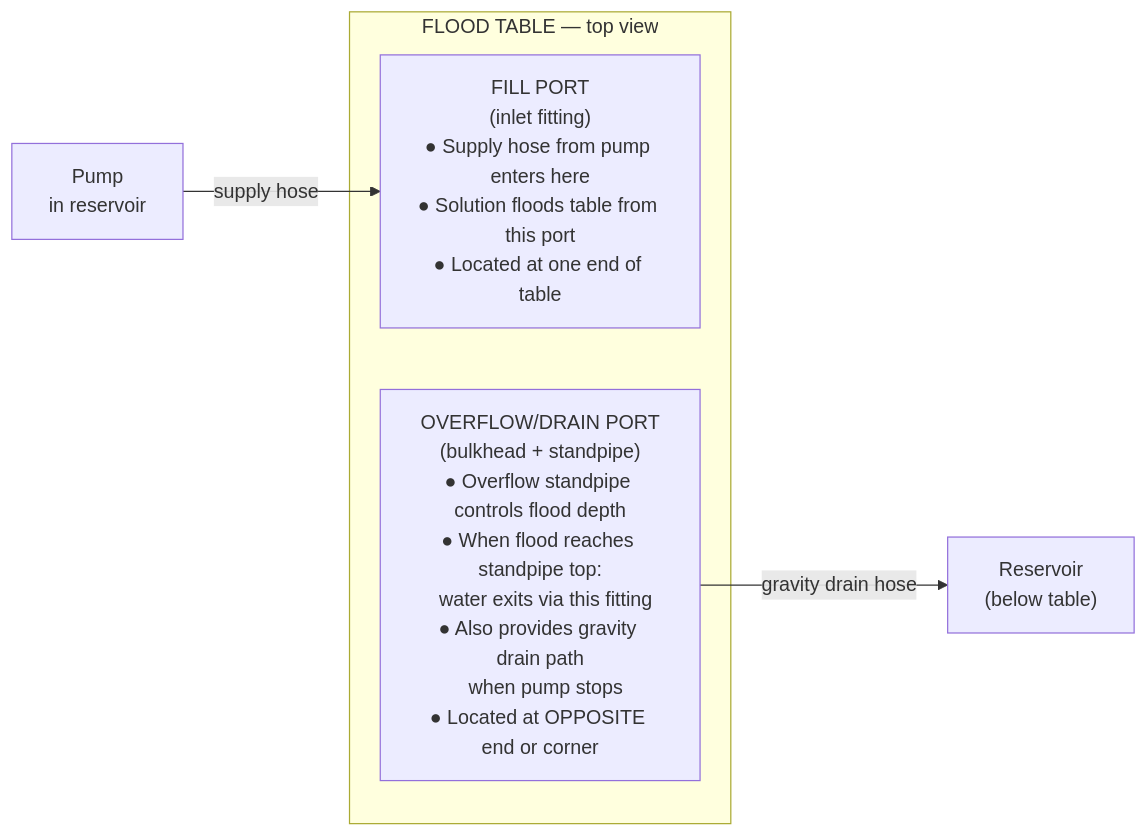
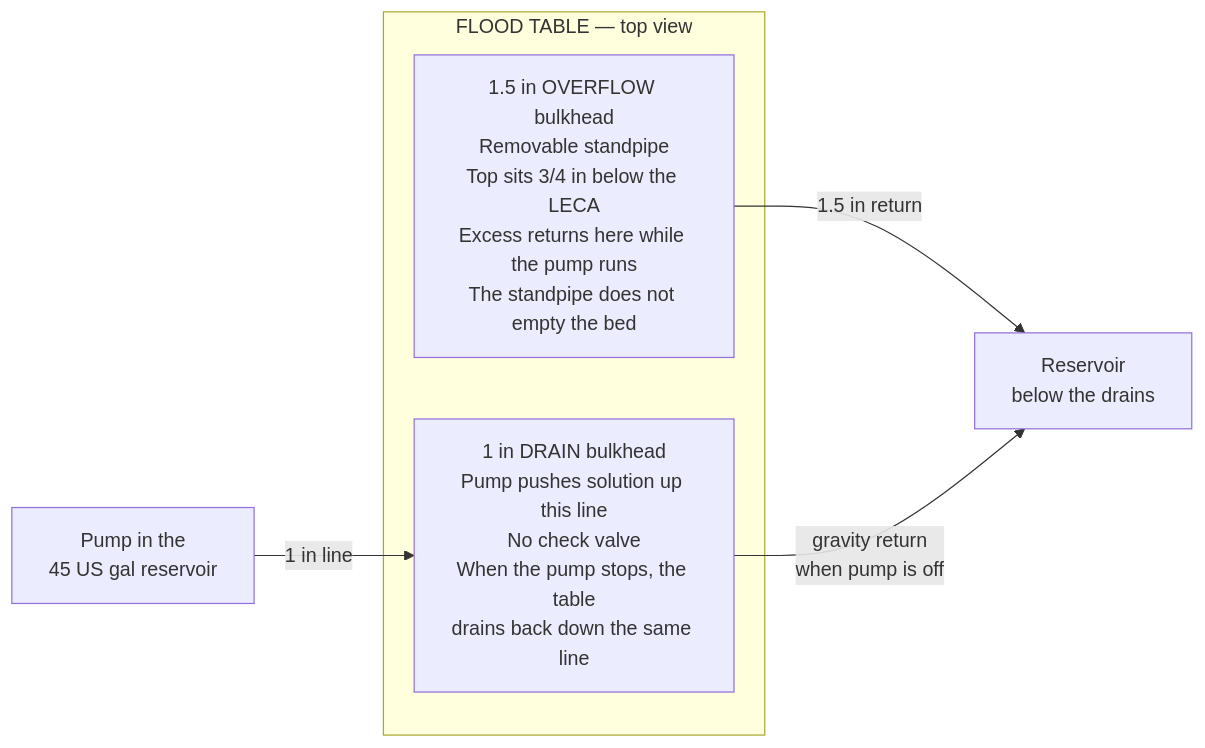
The sixth of 8 diagrams in guide/ebb-and-flow/11-build-guide.md (UncleJS/guide_hydroponics), drawn with Mermaid before and after one commit. The commit also changed other lines of this file and 35 other files, not shown here.

````diff
--- a/guide/ebb-and-flow/11-build-guide.md
+++ b/guide/ebb-and-flow/11-build-guide.md
@@ -444,9 +444,10 @@
 ```mermaid
 flowchart LR
     subgraph table["FLOOD TABLE — top view"]
-        FP["FILL PORT<br/>(inlet fitting)<br/>● Supply hose from pump enters here<br/>● Solution floods table from this port<br/>● Located at one end of table"]
-        OP["OVERFLOW/DRAIN PORT<br/>(bulkhead + standpipe)<br/>● Overflow standpipe controls flood depth<br/>● When flood reaches standpipe top:<br/>  water exits via this fitting<br/>● Also provides gravity drain path<br/>  when pump stops<br/>● Located at OPPOSITE end or corner"]
+        DR["1 in DRAIN bulkhead<br/>Pump pushes solution up this line<br/>No check valve<br/>When the pump stops, the table<br/>drains back down the same line"]
+        OP["1.5 in OVERFLOW bulkhead<br/>Removable standpipe<br/>Top sits 3/4 in below the LECA<br/>Excess returns here while the pump runs<br/>The standpipe does not empty the bed"]
     end
-    PUMP["Pump<br/>in reservoir"] -->|"supply hose"| FP
-    OP -->|"gravity drain hose"| RES["Reservoir<br/>(below table)"]
+    PUMP["Pump in the<br/>45 US gal reservoir"] -->|"1 in line"| DR
+    OP -->|"1.5 in return"| RES["Reservoir<br/>below the drains"]
+    DR -->|"gravity return<br/>when pump is off"| RES
 ```
````
